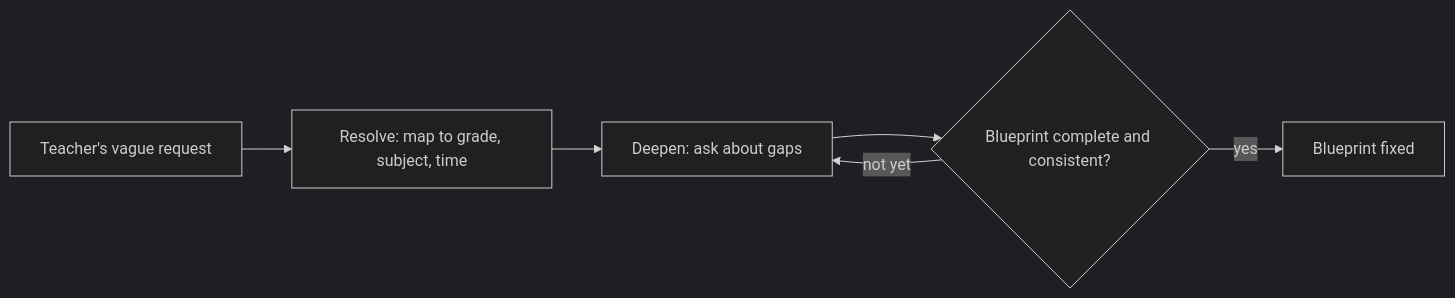
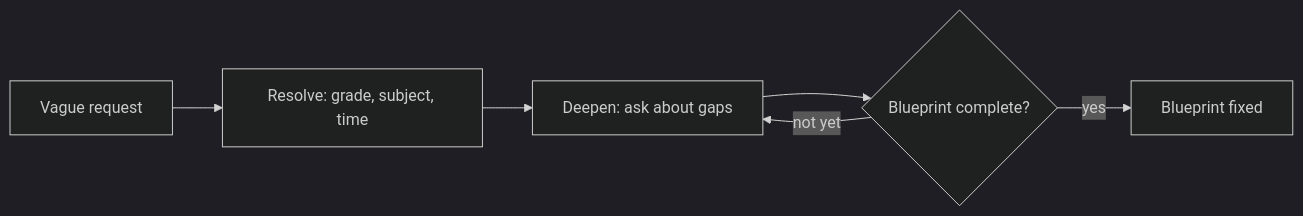
Before and after one commit to ndmhuy/ASTRA: the eighth of 16 diagrams in docs/ct-slide-plan.en.md, drawn with Mermaid (dark theme). The commit also changed other lines of this file and 1 other file, not shown here.

````diff
--- a/docs/ct-slide-plan.en.md
+++ b/docs/ct-slide-plan.en.md
@@ -415,8 +356,8 @@
 ```mermaid
 flowchart LR
-    Q["Teacher's vague request"] --> R["Resolve: map to grade, subject, time"]
+    Q["Vague request"] --> R["Resolve: grade, subject, time"]
     R --> D["Deepen: ask about gaps"]
-    D --> BP{"Blueprint complete and consistent?"}
+    D --> BP{"Blueprint complete?"}
     BP -- "not yet" --> D
     BP -- "yes" --> OK["Blueprint fixed"]
 ```
````
